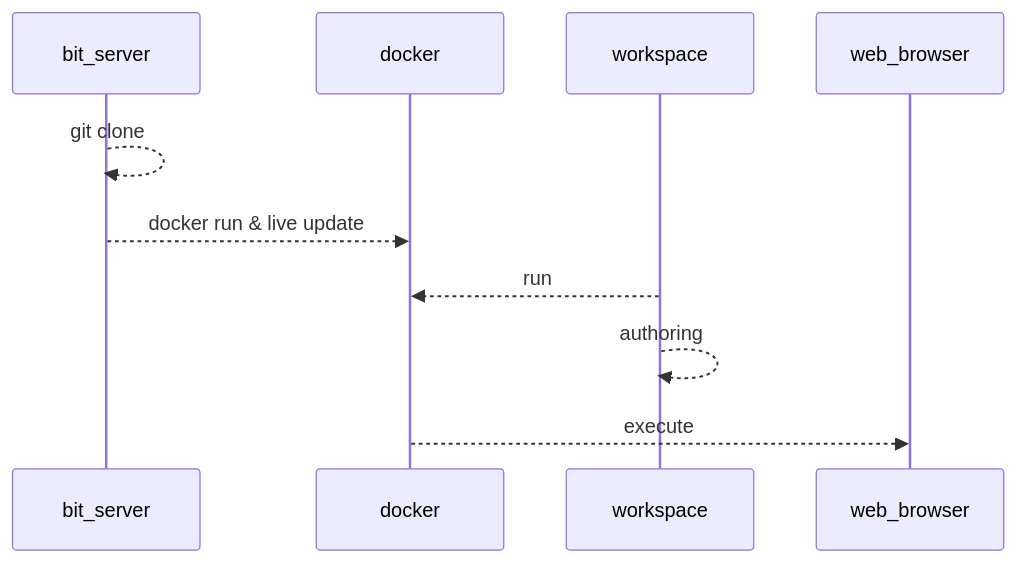
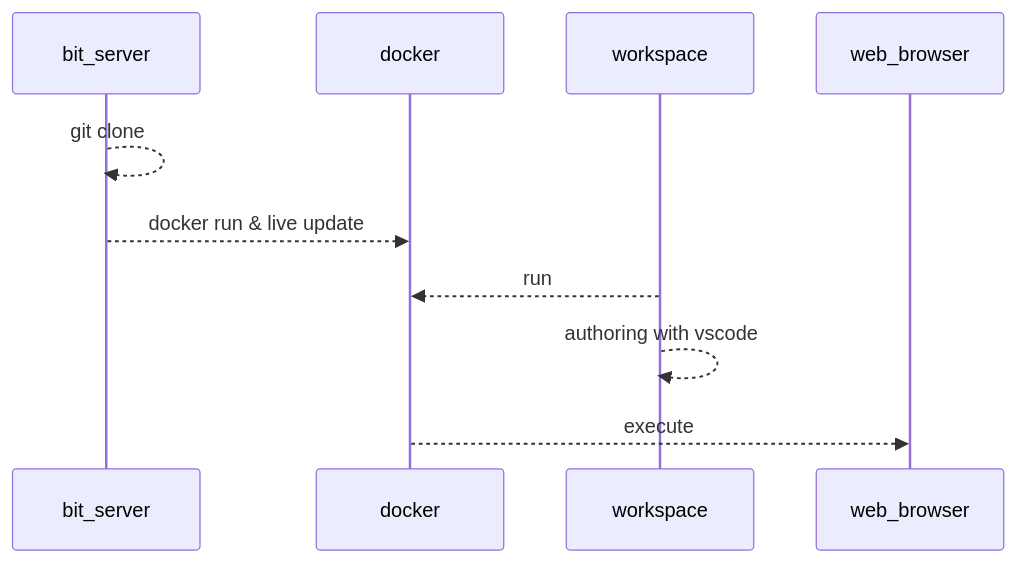
The first of 3 diagrams in README.md (bit2r/bit-edu-server), drawn with Mermaid before and after one commit. The commit also changed other lines of this file, not shown here.

````diff
--- a/README.md
+++ b/README.md
@@ -112,8 +163,8 @@
 ```mermaid
 sequenceDiagram
 bit_server -->> bit_server : git clone
 bit_server -->> docker : docker run & live update
 workspace -->> docker : run 
-workspace -->> workspace : authoring
+workspace -->> workspace : authoring with vscode
 docker -->> web_browser : execute
 ```
````
